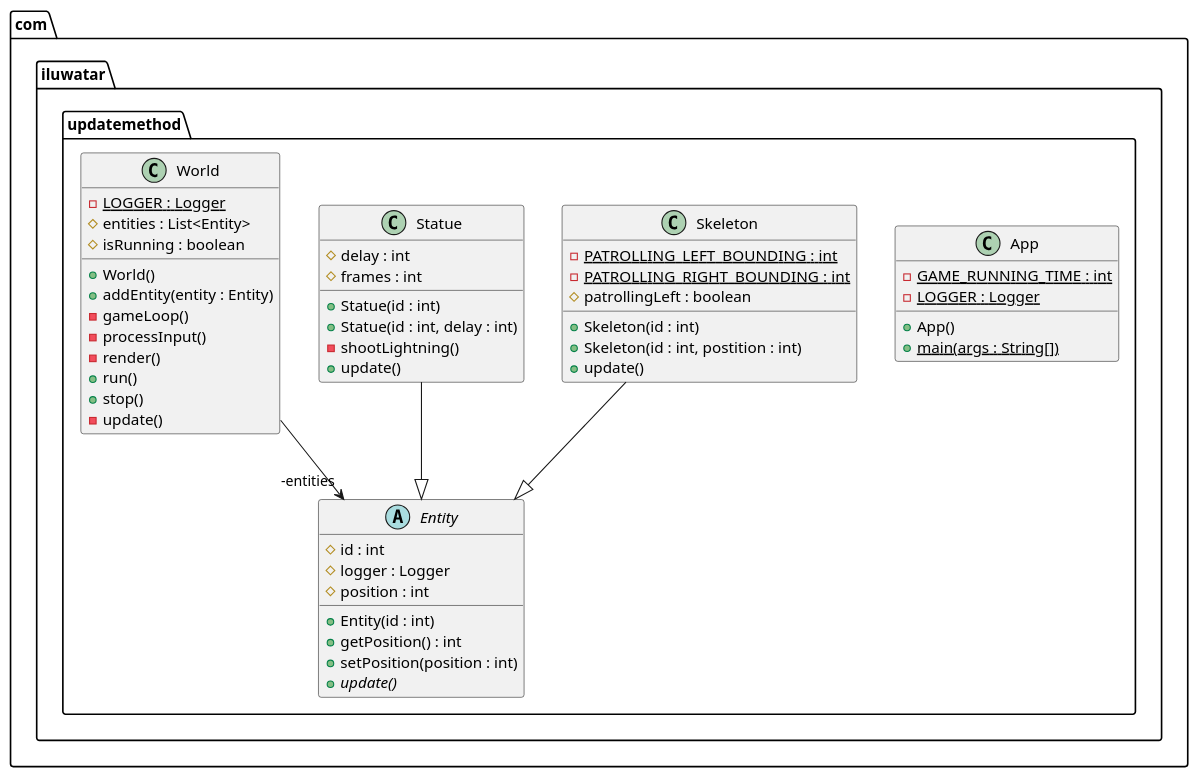
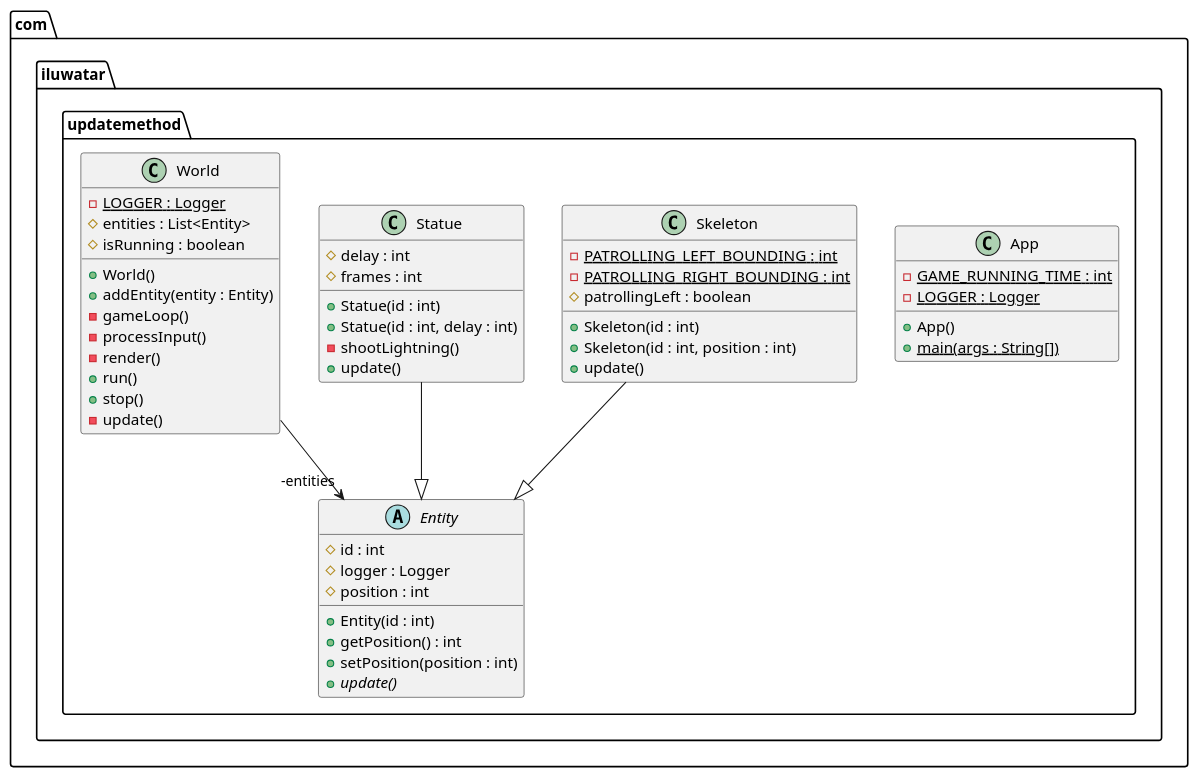
Before and after one commit to iluwatar/java-design-patterns: the diagram in update-method/etc/update-method.urm.puml, drawn with PlantUML. The commit also changed 4 other files, not shown here.

```diff
--- a/update-method/etc/update-method.urm.puml
+++ b/update-method/etc/update-method.urm.puml
@@ -1,51 +1,51 @@
 @startuml
 package com.iluwatar.updatemethod {
   class App {
     - GAME_RUNNING_TIME : int {static}
     - LOGGER : Logger {static}
     + App()
     + main(args : String[]) {static}
   }
   abstract class Entity {
     # id : int
     # logger : Logger
     # position : int
     + Entity(id : int)
     + getPosition() : int
     + setPosition(position : int)
     + update() {abstract}
   }
   class Skeleton {
     - PATROLLING_LEFT_BOUNDING : int {static}
     - PATROLLING_RIGHT_BOUNDING : int {static}
     # patrollingLeft : boolean
     + Skeleton(id : int)
-    + Skeleton(id : int, postition : int)
+    + Skeleton(id : int, position : int)
     + update()
   }
   class Statue {
     # delay : int
     # frames : int
     + Statue(id : int)
     + Statue(id : int, delay : int)
     - shootLightning()
     + update()
   }
   class World {
     - LOGGER : Logger {static}
     # entities : List<Entity>
     # isRunning : boolean
     + World()
     + addEntity(entity : Entity)
     - gameLoop()
     - processInput()
     - render()
     + run()
     + stop()
     - update()
   }
 }
 World -->  "-entities" Entity
 Skeleton --|> Entity 
 Statue --|> Entity 
 @enduml
```
